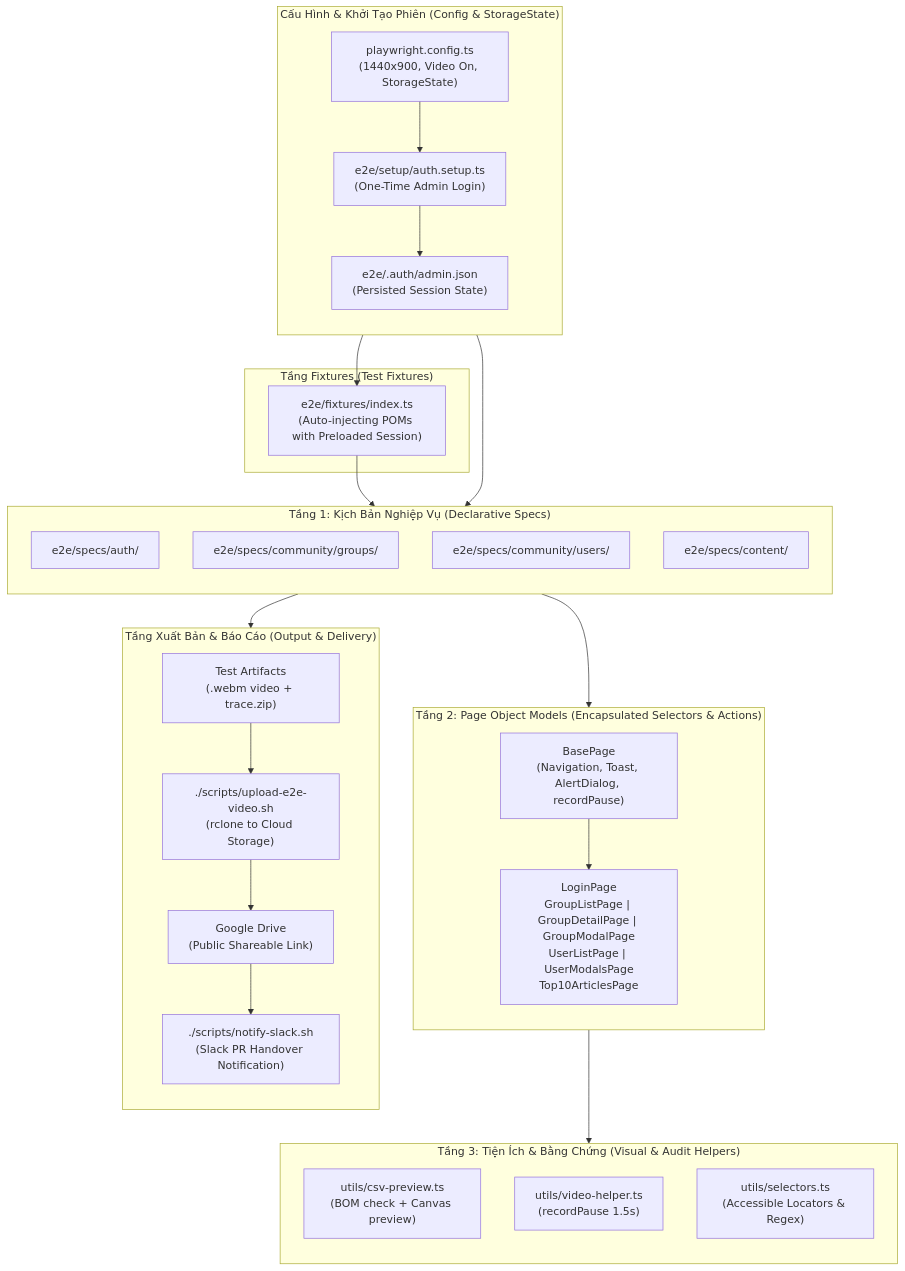
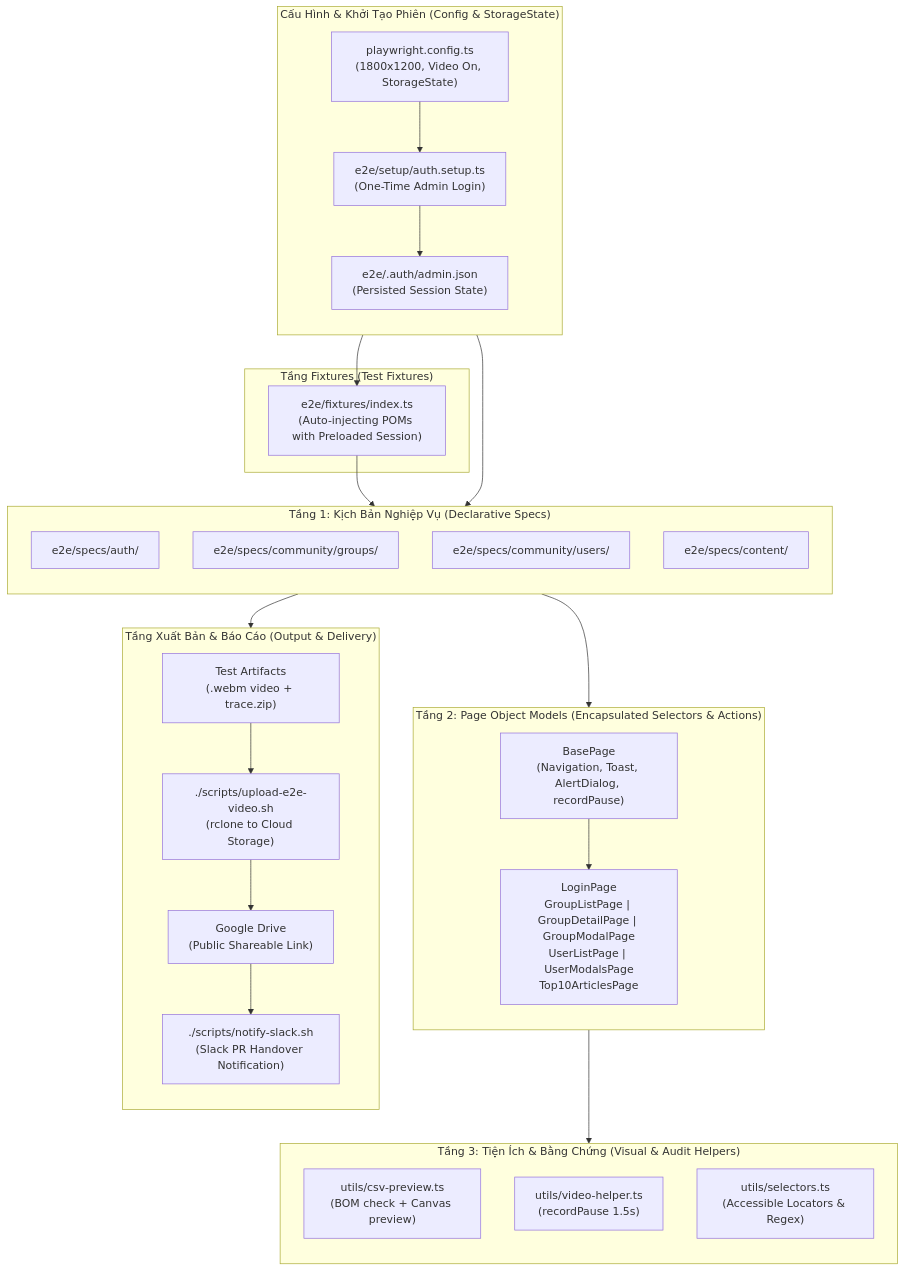
One commit to khanhduong22/agent-harness-kit changed the diagram in skills/playwright-e2e-testing/SKILL.md. Above: the diagram before and after it, drawn with Mermaid. The commit also changed other lines of this file, not shown here.

Commit message:
Feat: Add Exhaustive Option Matrix Standard and 1800x1200 Viewport to Playwright E2E Skill

````diff
--- a/skills/playwright-e2e-testing/SKILL.md
+++ b/skills/playwright-e2e-testing/SKILL.md
@@ -17,48 +17,48 @@
 ```mermaid
 flowchart TD
     subgraph ConfigAuth["Cấu Hình & Khởi Tạo Phiên (Config & StorageState)"]
         direction TB
-        Config["playwright.config.ts<br/>(1440x900, Video On, StorageState)"] --> Setup["e2e/setup/auth.setup.ts<br/>(One-Time Admin Login)"]
+        Config["playwright.config.ts<br/>(1800x1200, Video On, StorageState)"] --> Setup["e2e/setup/auth.setup.ts<br/>(One-Time Admin Login)"]
         Setup --> SessionFile["e2e/.auth/admin.json<br/>(Persisted Session State)"]
     end
 
     subgraph FixtureLayer["Tầng Fixtures (Test Fixtures)"]
         Fixtures["e2e/fixtures/index.ts<br/>(Auto-injecting POMs with Preloaded Session)"]
     end
 
     subgraph Layer1["Tầng 1: Kịch Bản Nghiệp Vụ (Declarative Specs)"]
         direction TB
         SpecAuth["e2e/specs/auth/"]
         SpecGroups["e2e/specs/community/groups/"]
         SpecUsers["e2e/specs/community/users/"]
         SpecContent["e2e/specs/content/"]
     end
 
     subgraph Layer2["Tầng 2: Page Object Models (Encapsulated Selectors & Actions)"]
         direction TB
         BasePage["BasePage<br/>(Navigation, Toast, AlertDialog, recordPause)"]
         POMs["LoginPage<br/>GroupListPage | GroupDetailPage | GroupModalPage<br/>UserListPage | UserModalsPage<br/>Top10ArticlesPage"]
         BasePage --> POMs
     end
 
     subgraph Layer3["Tầng 3: Tiện Ích & Bằng Chứng (Visual & Audit Helpers)"]
         direction TB
         UtilCSV["utils/csv-preview.ts<br/>(BOM check + Canvas preview)"]
         UtilVideo["utils/video-helper.ts<br/>(recordPause 1.5s)"]
         UtilSelectors["utils/selectors.ts<br/>(Accessible Locators & Regex)"]
     end
 
     subgraph Delivery["Tầng Xuất Bản & Báo Cáo (Output & Delivery)"]
         direction TB
         Artifacts["Test Artifacts<br/>(.webm video + trace.zip)"] --> UploadScript["./scripts/upload-e2e-video.sh<br/>(rclone to Cloud Storage)"]
         UploadScript --> GDrive["Google Drive<br/>(Public Shareable Link)"]
         GDrive --> SlackNotify["./scripts/notify-slack.sh<br/>(Slack PR Handover Notification)"]
     end
 
     SessionFile --> Fixtures
     Config --> Layer1
     Fixtures --> Layer1
     Layer1 --> Layer2
     Layer2 --> Layer3
     Layer1 --> Artifacts
 ```
````
